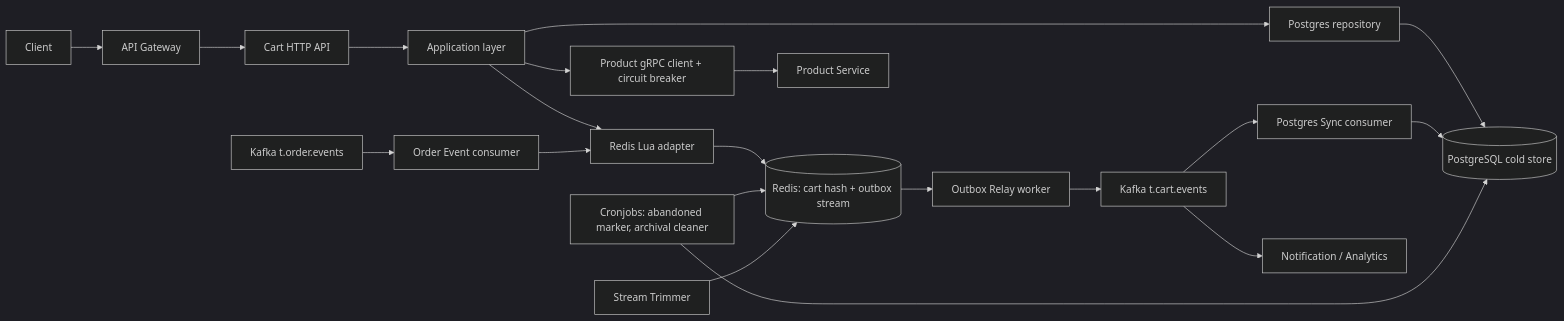
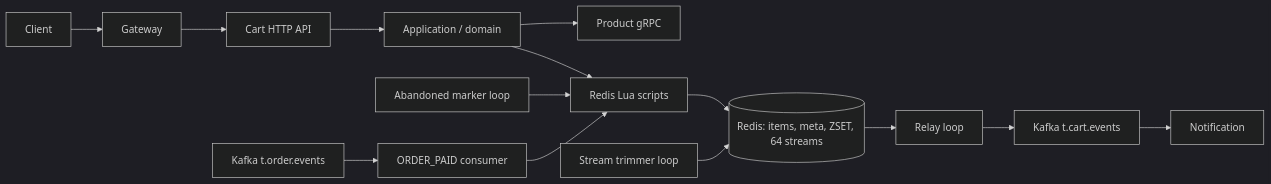
One commit to quangdung2110/e-commerce-microservices changed the diagram in docs/cart/architecture.md. Above: the diagram before and after it, drawn with Mermaid (dark theme). The commit also changed other lines of this file and 23 other files, not shown here.

Commit message:
docs(cart): redesign as redis-only abandoned notifier

````diff
--- a/docs/cart/architecture.md
+++ b/docs/cart/architecture.md
@@ -31,22 +21,15 @@
 ```mermaid
 flowchart LR
-  C[Client] --> G[API Gateway]
-  G --> H[Cart HTTP API]
-  H --> APP[Application layer]
-  APP --> LUA[Redis Lua adapter]
-  APP --> PC[Product gRPC client + circuit breaker]
-  APP --> PGR[Postgres repository]
-  LUA --> R[(Redis: cart hash + outbox stream)]
-  PGR --> PG[(PostgreSQL cold store)]
-  R --> RELAY[Outbox Relay worker]
-  RELAY --> K[Kafka t.cart.events]
-  K --> SYNC[Postgres Sync consumer]
-  SYNC --> PG
-  K --> DOWN[Notification / Analytics]
-  OK[Kafka t.order.events] --> OC[Order Event consumer]
-  OC --> LUA
-  CRON[Cronjobs: abandoned marker, archival cleaner] --> PG
-  CRON --> R
-  TRIM[Stream Trimmer] --> R
-  PC --> P[Product Service]
+  Client --> Gateway --> API[Cart HTTP API]
+  API --> APP[Application / domain]
+  APP --> LUA[Redis Lua scripts]
+  APP --> Product[Product gRPC]
+  LUA --> Redis[(Redis: items, meta, ZSET, 64 streams)]
+  Marker[Abandoned marker loop] --> LUA
+  Redis --> Relay[Relay loop]
+  Relay --> Kafka[Kafka t.cart.events]
+  Kafka --> Notification
+  Order[Kafka t.order.events] --> OrderConsumer[ORDER_PAID consumer]
+  OrderConsumer --> LUA
+  Trimmer[Stream trimmer loop] --> Redis
 ```
````
